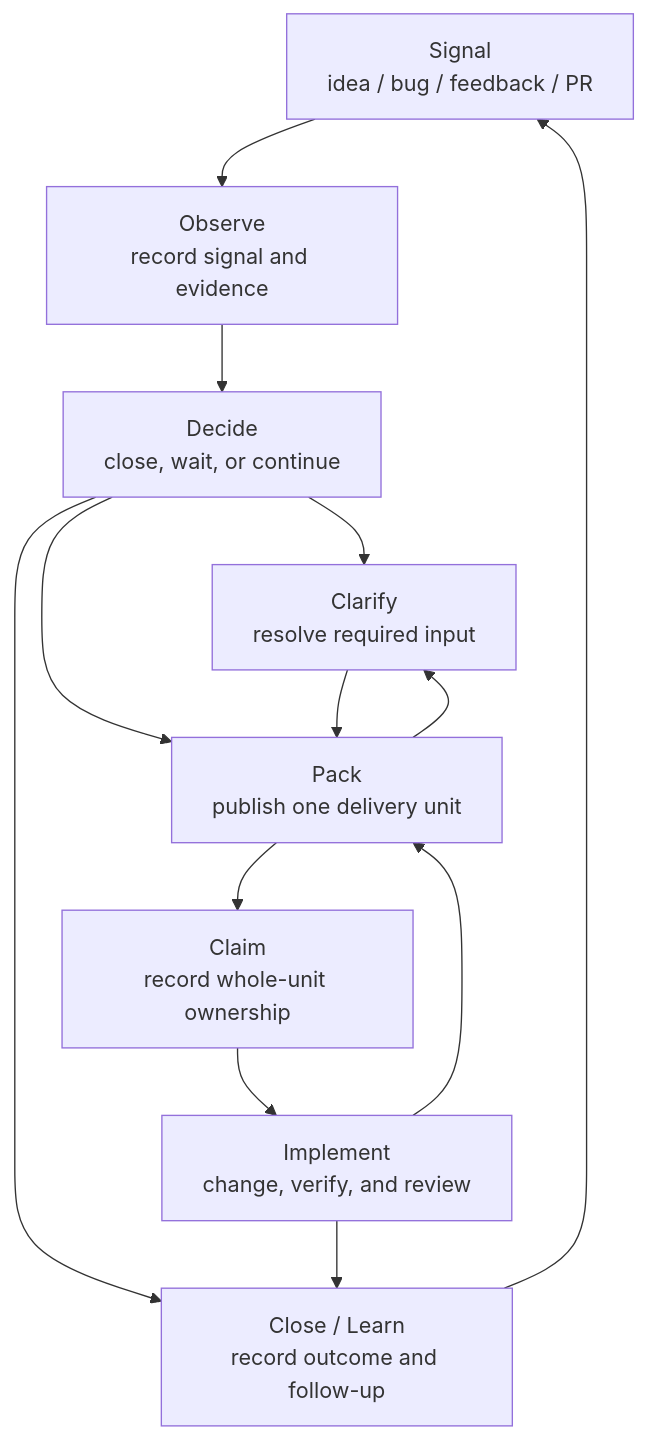
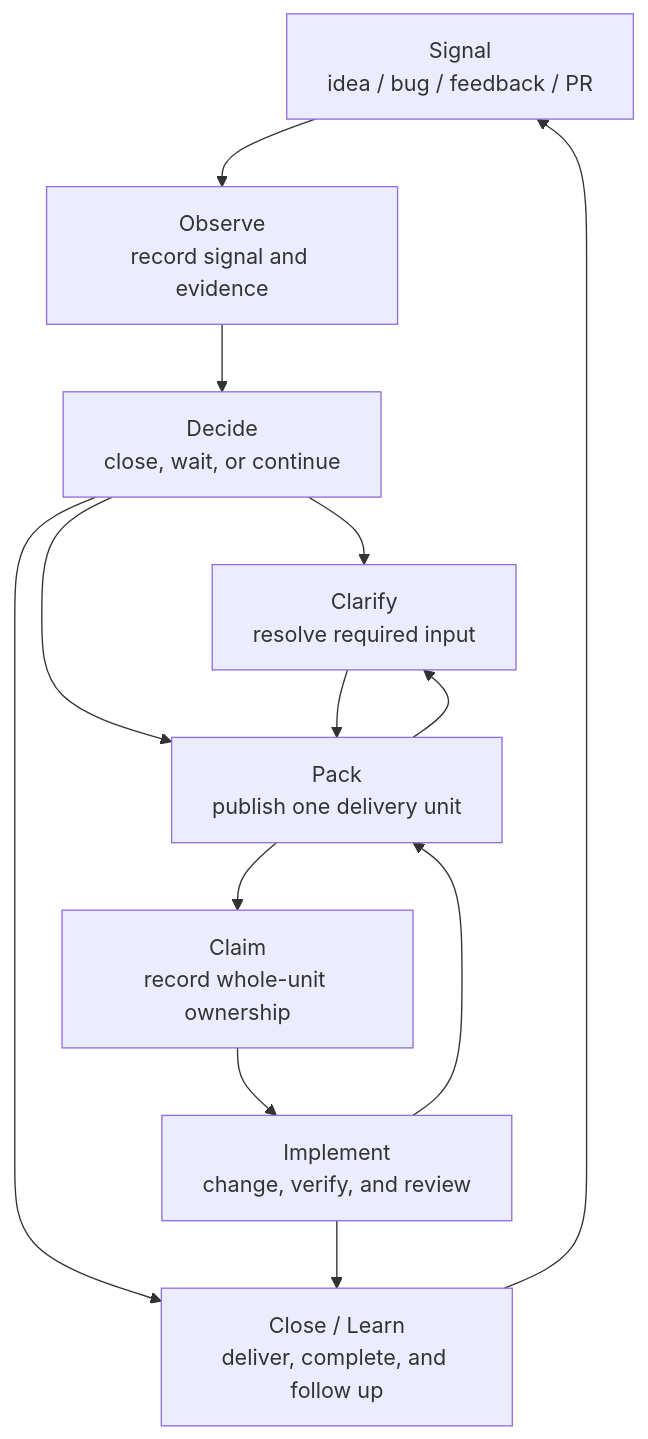
One commit to Andiedie/skills changed the diagram in skills/ai-native-development/docs/delivery-loop.md. Above: the diagram before and after it, drawn with Mermaid. The commit also changed other lines of this file and 11 other files, not shown here.

````diff
--- a/skills/ai-native-development/docs/delivery-loop.md
+++ b/skills/ai-native-development/docs/delivery-loop.md
@@ -66,24 +66,24 @@
 ```mermaid
 flowchart TD
   Signal["Signal<br/>idea / bug / feedback / PR"]
   Observe["Observe<br/>record signal and evidence"]
   Decide["Decide<br/>close, wait, or continue"]
   Clarify["Clarify<br/>resolve required input"]
   Pack["Pack<br/>publish one delivery unit"]
   Claim["Claim<br/>record whole-unit ownership"]
   Implement["Implement<br/>change, verify, and review"]
-  Close["Close / Learn<br/>record outcome and follow-up"]
+  Close["Close / Learn<br/>deliver, complete, and follow up"]
 
   Signal --> Observe
   Observe --> Decide
   Decide --> Close
   Decide --> Clarify
   Decide --> Pack
   Clarify --> Pack
   Pack --> Clarify
   Pack --> Claim
   Claim --> Implement
   Implement --> Pack
   Implement --> Close
   Close --> Signal
 ```
````
